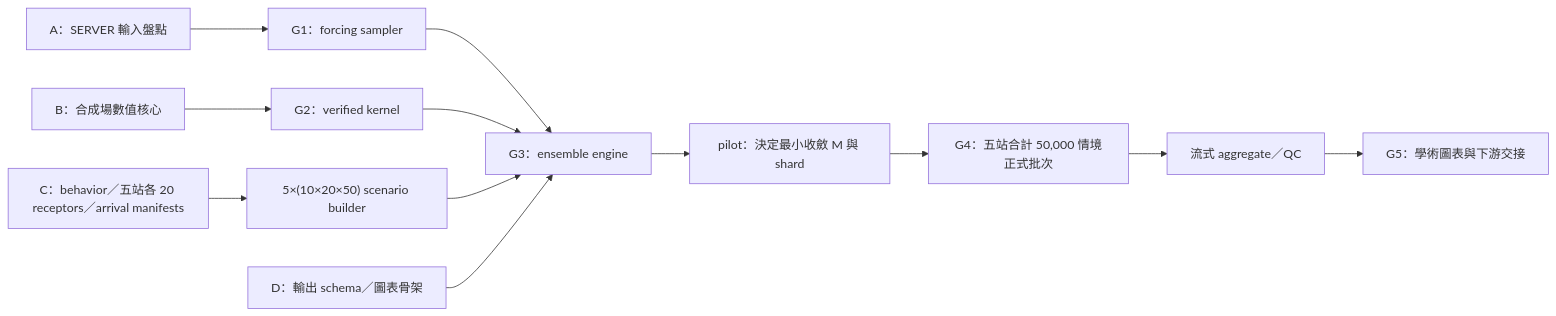
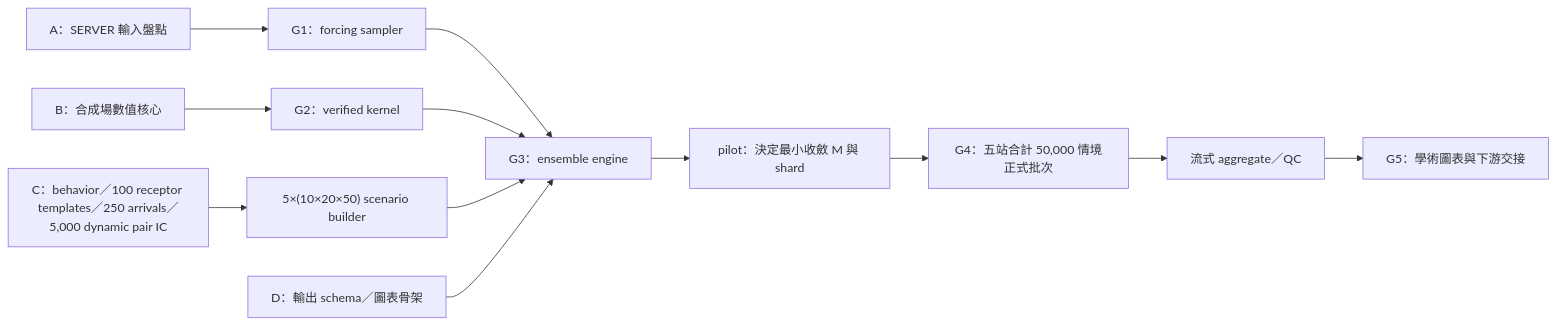
The diagram in docs/04_implementation_plan.md (SpiderFang/Lagrangian-Ensemble-Backtracking), drawn with Mermaid before and after one commit. The commit also changed other lines of this file and 140 other files, not shown here.

````diff
--- a/docs/04_implementation_plan.md
+++ b/docs/04_implementation_plan.md
@@ -11,14 +11,14 @@
 ```mermaid
 flowchart LR
     A["A：SERVER 輸入盤點"] --> F["G1：forcing sampler"]
     B["B：合成場數值核心"] --> N["G2：verified kernel"]
-    C["C：behavior／五站各 20 receptors／arrival manifests"] --> S["5×(10×20×50) scenario builder"]
+    C["C：behavior／100 receptor templates／250 arrivals／5,000 dynamic pair IC"] --> S["5×(10×20×50) scenario builder"]
     F --> E["G3：ensemble engine"]
     N --> E
     S --> E
     D["D：輸出 schema／圖表骨架"] --> E
     E --> M["pilot：決定最小收斂 M 與 shard"]
     M --> R["G4：五站合計 50,000 情境正式批次"]
     R --> A2["流式 aggregate／QC"]
     A2 --> H["G5：學術圖表與下游交接"]
 ```
````
